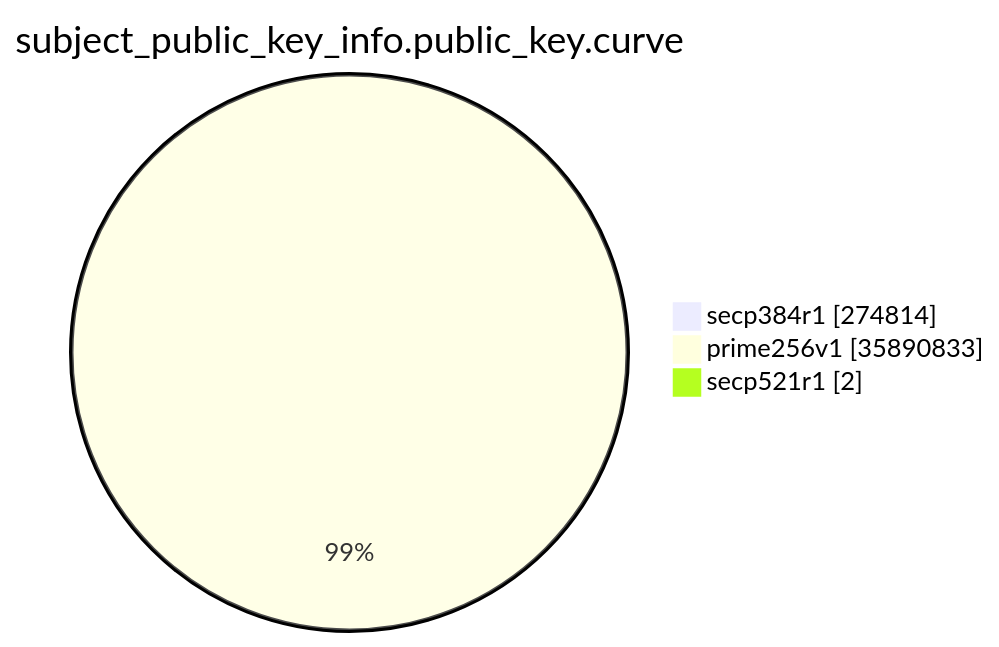
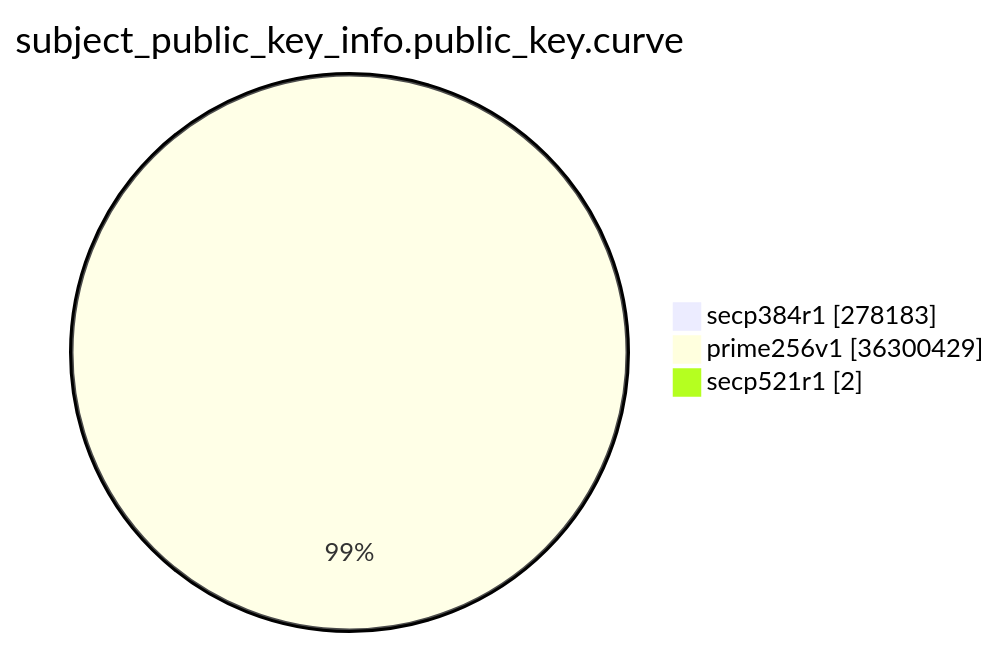
Before and after one commit to christiankrug/ctmonitor_visualization: the eighth of 15 diagrams in xenon2023/README.md, drawn with Mermaid. The commit also changed other lines of this file, not shown here.

````diff
--- a/xenon2023/README.md
+++ b/xenon2023/README.md
@@ -2149,7 +2151,7 @@
 ```mermaid
 pie showData
 title subject_public_key_info.public_key.curve
-"secp384r1" :274814
-"prime256v1" :35890833
+"secp384r1" :278183
+"prime256v1" :36300429
 "secp521r1" :2
 ```
````
